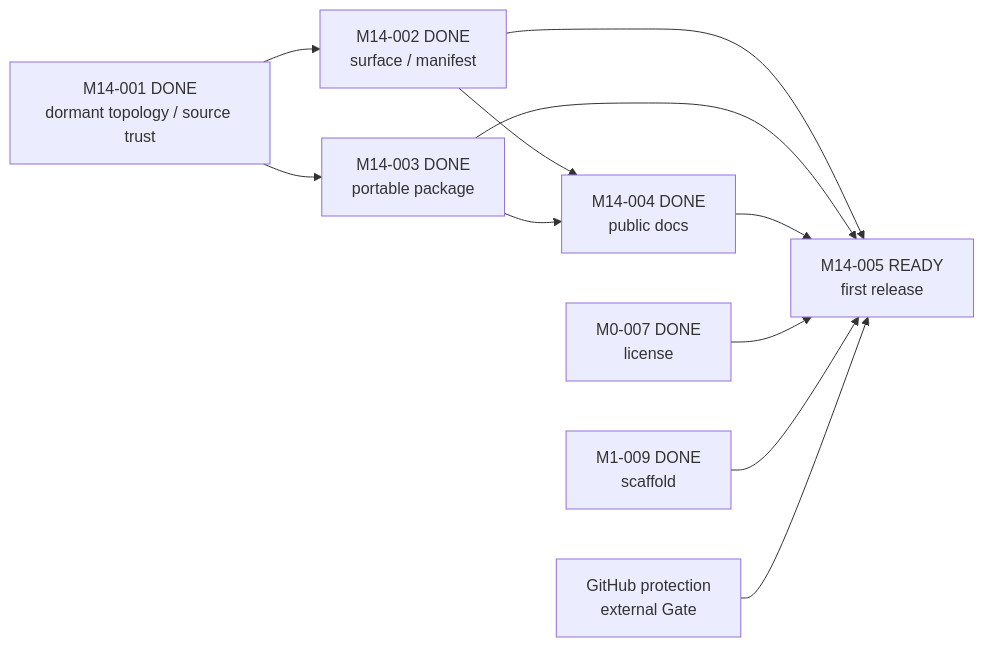
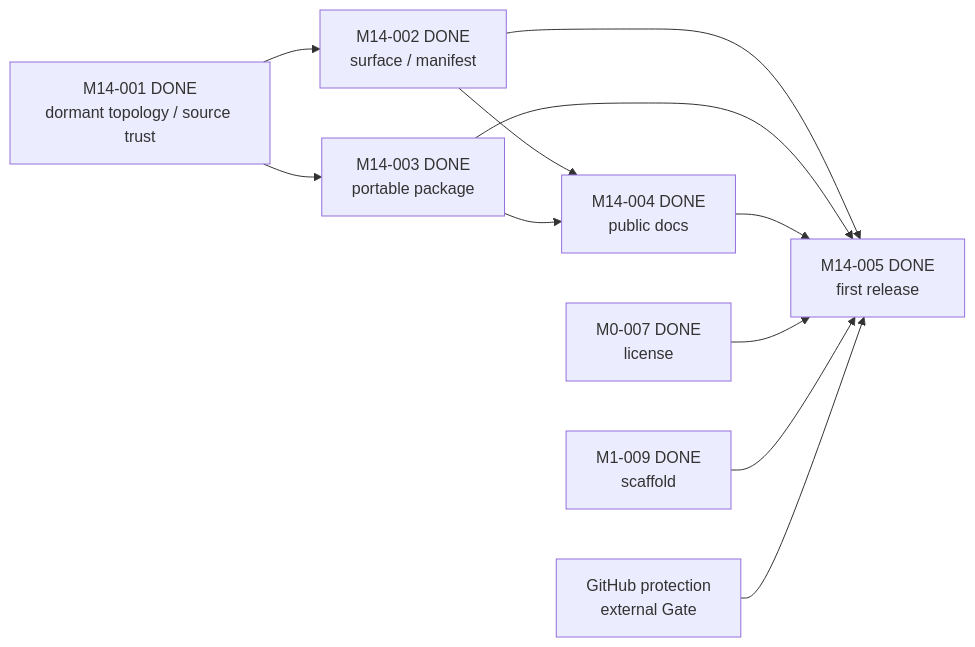
The fifth of 5 diagrams in docs/M_SERIES_IMPLEMENTATION_MAP.md (Chengyue-Lu/research-agent-workbench), drawn with Mermaid before and after one commit. The commit also changed other lines of this file and 6 other files, not shown here.

Commit message:
docs(M14-005): record verified v0.1.0 first release

````diff
--- a/docs/M_SERIES_IMPLEMENTATION_MAP.md
+++ b/docs/M_SERIES_IMPLEMENTATION_MAP.md
@@ -189,13 +189,13 @@
 ```mermaid
 flowchart LR
     M14001["M14-001 DONE<br/>dormant topology / source trust"] --> M14002["M14-002 DONE<br/>surface / manifest"]
     M14001 --> M14003["M14-003 DONE<br/>portable package"]
     M14002 --> M14004["M14-004 DONE<br/>public docs"]
     M14003 --> M14004
-    M14002 --> M14005["M14-005 READY<br/>first release"]
+    M14002 --> M14005["M14-005 DONE<br/>first release"]
     M14003 --> M14005
     M14004 --> M14005
     M0007["M0-007 DONE<br/>license"] --> M14005
     M1009["M1-009 DONE<br/>scaffold"] --> M14005
     Remote["GitHub protection<br/>external Gate"] --> M14005
 ```
````
